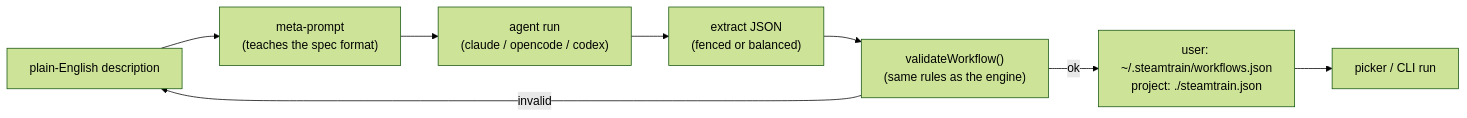
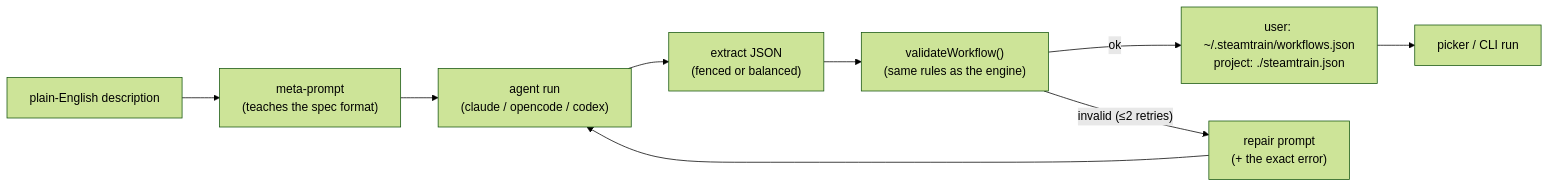
Before and after one commit to nilsonsfj/steamtrain: the diagram in docs/workflow-creation.md, drawn with Mermaid (forest theme). The commit also changed 2 other files, not shown here.

Commit message:
Address review R4: NaN-guard maxRepairAttempts, fix docs repair diagram
R4 NIT: maxRepairAttempts is a public-ish field; guard against a non-finite
value (Math.max(0, NaN) is NaN, which would collapse the loop). Fall back to
the default for any non-finite input, and floor fractional values. Add a test.

R4 NIT: the authoring flowchart implied 'invalid -> back to description'; it
actually re-prompts the same agent with the exact error (auto-repair, <=2
retries). Update the diagram.

````diff
--- a/docs/workflow-creation.md
+++ b/docs/workflow-creation.md
@@ -11,14 +11,15 @@
 ```mermaid
 flowchart LR
   desc["plain-English description"]
   prompt["meta-prompt\n(teaches the spec format)"]
   agent["agent run\n(claude / opencode / codex)"]
   extract["extract JSON\n(fenced or balanced)"]
   validate["validateWorkflow()\n(same rules as the engine)"]
+  repair["repair prompt\n(+ the exact error)"]
   save["user: ~/.steamtrain/workflows.json\nproject: ./steamtrain.json"]
   run["picker / CLI run"]
 
   desc --> prompt --> agent --> extract --> validate
   validate -->|ok| save --> run
-  validate -->|invalid| desc
+  validate -->|"invalid (≤2 retries)"| repair --> agent
 ```
````
